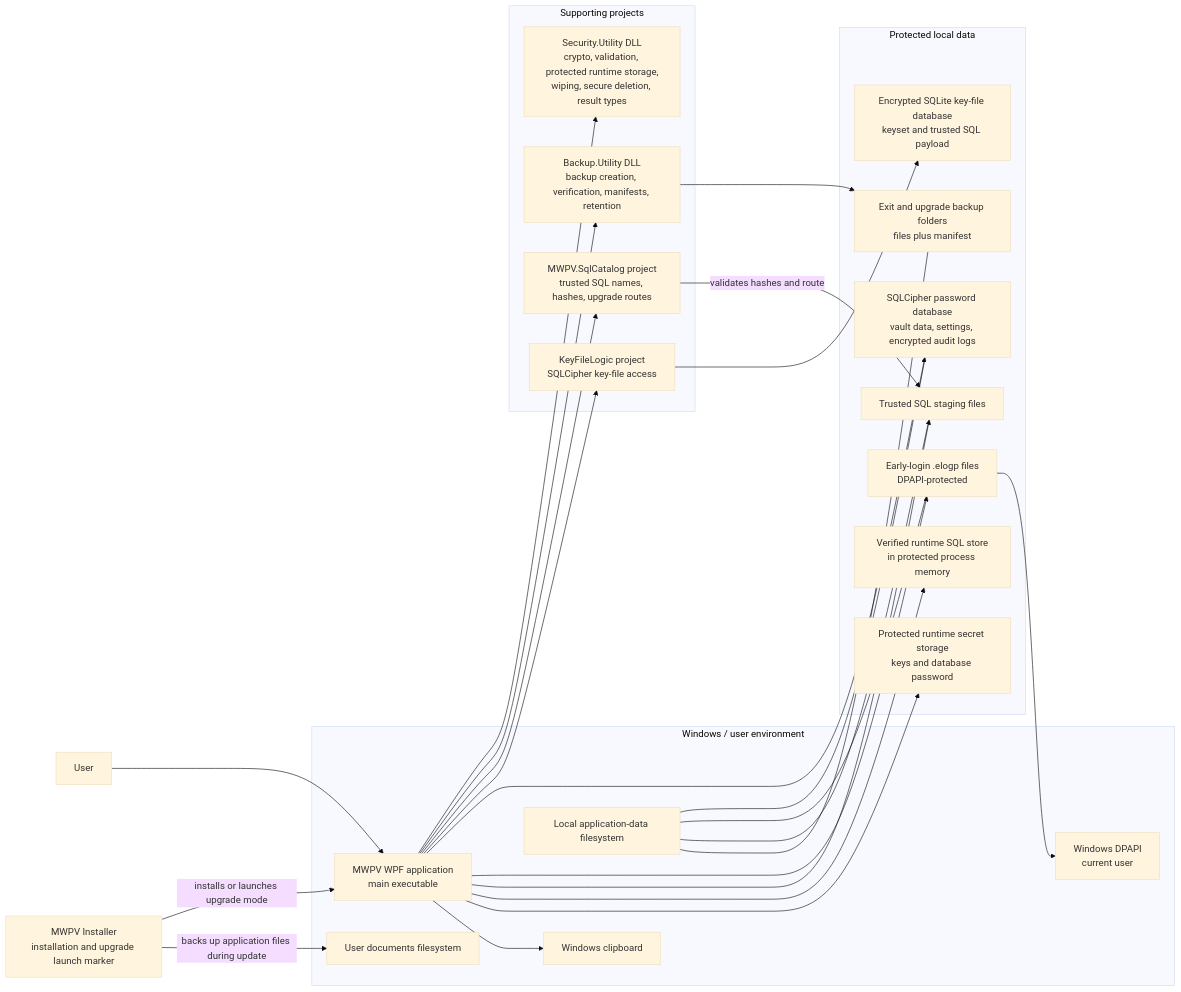
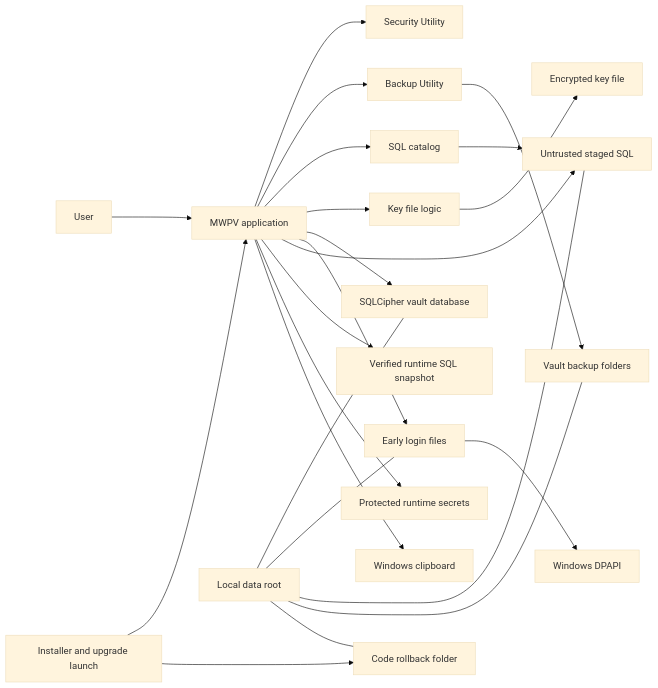
One commit to pgmrdlm/MWPV changed the second of 4 diagrams in docs/MWPV_High_Level_Flow.md. Above: the diagram before and after it, drawn with Mermaid (base theme). The commit also changed other lines of this file, not shown here.

````diff
--- a/docs/MWPV_High_Level_Flow.md
+++ b/docs/MWPV_High_Level_Flow.md
@@ -9,52 +46,44 @@
 ```mermaid
 flowchart LR
     User[User]
-    Installer["MWPV Installer<br/>installation and upgrade launch marker"]
-
-    subgraph Windows["Windows / user environment"]
-        WPF["MWPV WPF application<br/>main executable"]
-        Clipboard["Windows clipboard"]
-        DPAPI["Windows DPAPI<br/>current user"]
-        Local["Local application-data filesystem"]
-        Docs["User documents filesystem"]
-    end
-
-    subgraph Libraries["Supporting projects"]
-        Security["Security.Utility DLL<br/>crypto, validation, protected runtime storage,<br/>wiping, secure deletion, result types"]
-        Backup["Backup.Utility DLL<br/>backup creation, verification, manifests, retention"]
-        Catalog["MWPV.SqlCatalog project<br/>trusted SQL names, hashes, upgrade routes"]
-        KeyLogic["KeyFileLogic project<br/>SQLCipher key-file access"]
-    end
-
-    subgraph ProtectedData["Protected local data"]
-        KeyFile["Encrypted SQLite key-file database<br/>keyset and trusted SQL payload"]
-        Vault["SQLCipher password database<br/>vault data, settings, encrypted audit logs"]
-        Early["Early-login .elogp files<br/>DPAPI-protected"]
-        SqlFiles["Trusted SQL staging files"]
-        RuntimeSql["Verified runtime SQL store<br/>in protected process memory"]
-        Secrets["Protected runtime secret storage<br/>keys and database password"]
-        BackupFolders["Exit and upgrade backup folders<br/>files plus manifest"]
-    end
+    Installer[Installer and upgrade launch]
+    WPF[MWPV application]
+    Clipboard[Windows clipboard]
+    DPAPI[Windows DPAPI]
+    Local[Local data root]
+    Security[Security Utility]
+    Backup[Backup Utility]
+    Catalog[SQL catalog]
+    KeyLogic[Key file logic]
+    KeyFile[Encrypted key file]
+    Vault[SQLCipher vault database]
+    Early[Early login files]
+    SqlFiles[Untrusted staged SQL]
+    RuntimeSql[Verified runtime SQL snapshot]
+    Secrets[Protected runtime secrets]
+    BackupFolders[Vault backup folders]
+    Rollback[Code rollback folder]
 
     User --> WPF
-    Installer -->|installs or launches upgrade mode| WPF
+    Installer --> WPF
     WPF --> Security
     WPF --> Backup
     WPF --> Catalog
     WPF --> KeyLogic
     KeyLogic --> KeyFile
     WPF --> Vault
     WPF --> Early
     Early --> DPAPI
     WPF --> SqlFiles
-    Catalog -->|validates hashes and route| SqlFiles
+    Catalog --> SqlFiles
     WPF --> RuntimeSql
     WPF --> Secrets
     WPF --> Clipboard
     Backup --> BackupFolders
-    Installer -->|backs up application files during update| Docs
+    Installer --> Rollback
     Local --- Vault
     Local --- Early
     Local --- SqlFiles
     Local --- BackupFolders
+    Local --- Rollback
 ```
````
